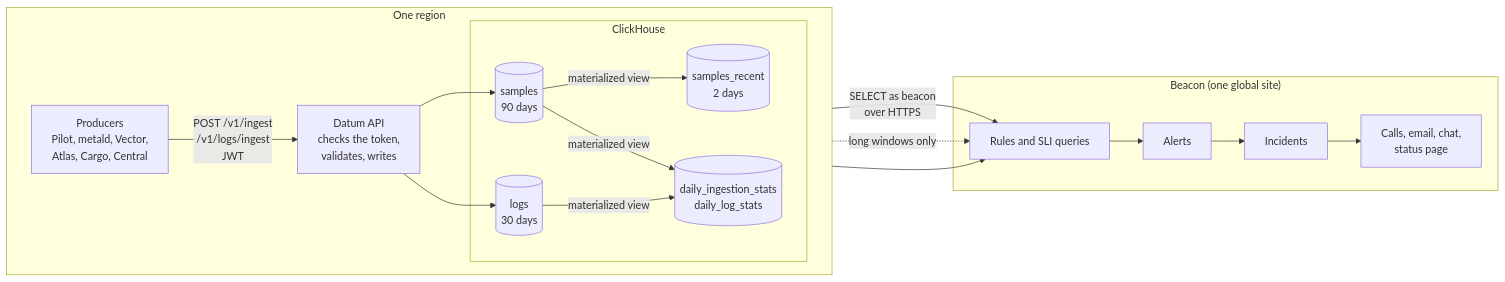
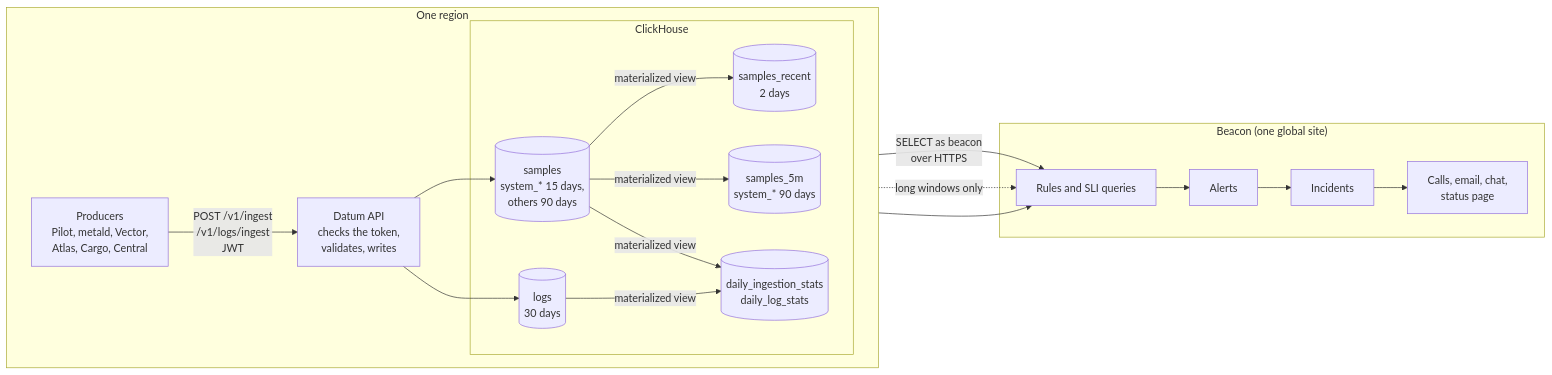
Before and after one commit to frappe/beacon: the first of 2 diagrams in docs/telemetry.md, drawn with Mermaid. The commit also changed other lines of this file, not shown here.

Commit message:
docs(beacon): Name the 5-minute rollup of machine metrics

````diff
--- a/docs/telemetry.md
+++ b/docs/telemetry.md
@@ -7,30 +7,32 @@
 ```mermaid
 flowchart LR
     subgraph region["One region"]
         direction LR
         producers["Producers<br/>Pilot, metald, Vector,<br/>Atlas, Cargo, Central"]
         datum["Datum API<br/>checks the token,<br/>validates, writes"]
         subgraph clickhouse["ClickHouse"]
-            samples[("samples<br/>90 days")]
+            samples[("samples<br/>system_* 15 days,<br/>others 90 days")]
+            rollup[("samples_5m<br/>system_* 90 days")]
             recent[("samples_recent<br/>2 days")]
             logs[("logs<br/>30 days")]
             stats[("daily_ingestion_stats<br/>daily_log_stats")]
         end
         producers -- "POST /v1/ingest<br/>/v1/logs/ingest<br/>JWT" --> datum
         datum --> samples
         datum --> logs
         samples -- "materialized view" --> recent
+        samples -- "materialized view" --> rollup
         samples -- "materialized view" --> stats
         logs -- "materialized view" --> stats
     end
     subgraph beacon["Beacon (one global site)"]
         rules["Rules and SLI queries"]
         alerts["Alerts"]
         incidents["Incidents"]
         out["Calls, email, chat,<br/>status page"]
         rules --> alerts --> incidents --> out
     end
     recent -- "SELECT as beacon<br/>over HTTPS" --> rules
     samples -. "long windows only" .-> rules
     logs --> rules
 ```
````
